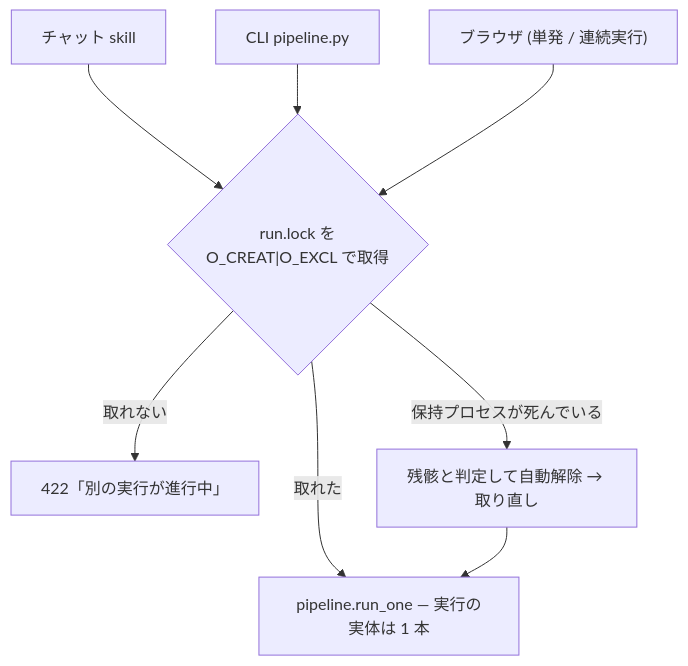
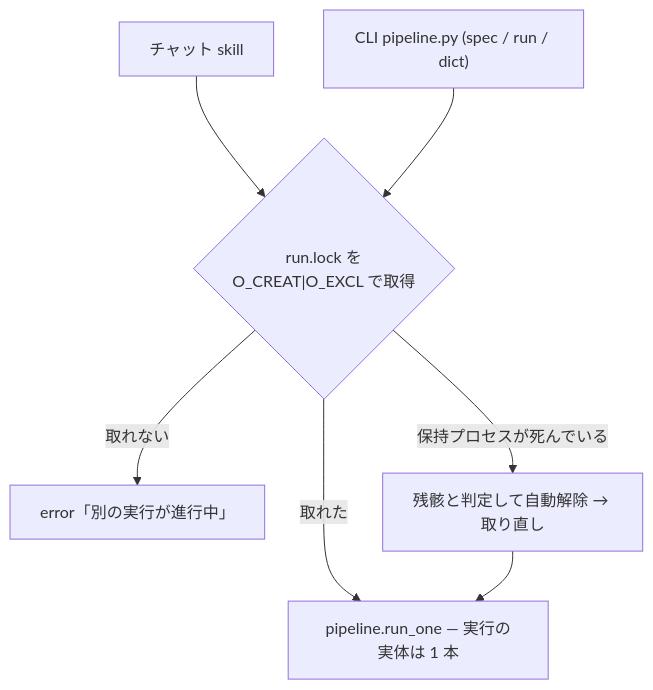
The first of 2 diagrams in docs/legacy-reverse/screens.qmd (ctenopoma/skills), drawn with Mermaid before and after one commit. The commit also changed other lines of this file and 17 other files, not shown here.

First line of the commit message:
legacy-reverse: 説明資料の再編（ARCHITECTURE.md 新設・全ドキュメント追随・再生成）

````diff
--- a/docs/legacy-reverse/screens.qmd
+++ b/docs/legacy-reverse/screens.qmd
@@ -475,14 +172,13 @@
 ```{mermaid}
 %%| label: fig-scr-lock
-%%| fig-cap: "3 つの入口が 1 本の実行枠を取り合う排他"
+%%| fig-cap: "実行の入口が 1 本の実行枠を取り合う排他"
 
 flowchart TB
   C["チャット skill"] --> R
-  P["CLI pipeline.py"] --> R
-  B["ブラウザ (単発 / 連続実行)"] --> R
+  P["CLI pipeline.py (spec / run / dict)"] --> R
   R{"run.lock を<br/>O_CREAT|O_EXCL で取得"}
   R -->|取れた| RUN["pipeline.run_one — 実行の実体は 1 本"]
-  R -->|取れない| NG["422「別の実行が進行中」"]
+  R -->|取れない| NG["error「別の実行が進行中」"]
   R -->|保持プロセスが死んでいる| REC["残骸と判定して自動解除 → 取り直し"]
   REC --> RUN
 ```
````
